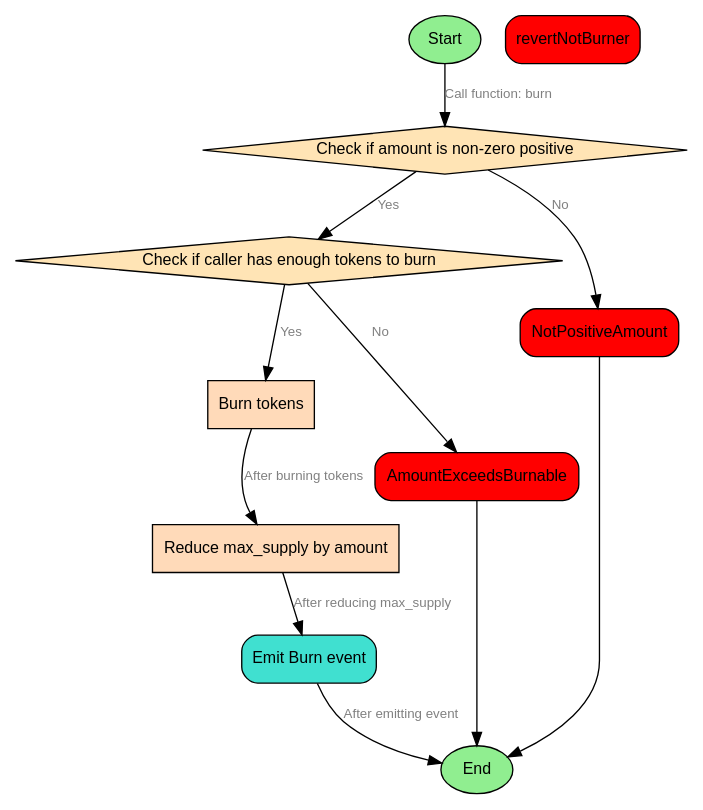
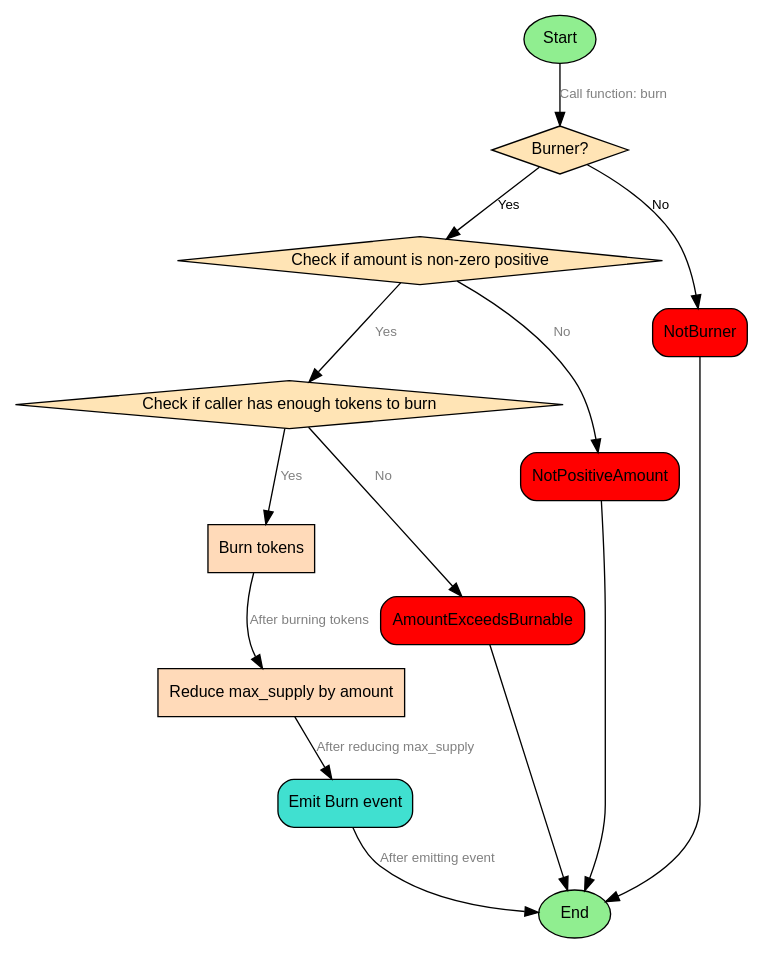
The diagram in doc/burn.dot (0xJournal/contracts-0xJ__GovernanceToken), drawn with Graphviz before and after one commit. The commit also changed 1 other file, not shown here.

```diff
--- a/doc/burn.dot
+++ b/doc/burn.dot
@@ -1,30 +1,36 @@
 digraph {
     node [shape = box; style = "rounded, filled"; fillcolor = "#F5F5F5"; fontname = "Arial"; fontsize = 12;];
     edge [fontname = "Arial"; fontsize = 10;];
     
     start [label = "Start";shape = "ellipse";style = "filled";fillcolor = "#90EE90";];
     
-    start -> checkAmount [label = "Call function: burn"; fontsize = 10; fontcolor = "#808080";];
+    start -> burnerCheck [label = "Call function: burn"; fontsize = 10; fontcolor = "#808080";];
     
+	burnerCheck [label = "Burner?";shape = "diamond";style = "filled";fillcolor = "#FFE4B5";];
+	burnerCheck -> checkAmount [label = "Yes"; fontsize = 10;];
+	burnerCheck -> revertNotBurner [label = "No"; fontsize = 10;];
+    revertNotBurner [label = "NotBurner";shape = "box";style = "rounded,filled";fillcolor = "red";];
+	revertNotBurner -> end;
+
     checkAmount [label = "Check if amount is non-zero positive";shape = "diamond";style = "filled";fillcolor = "#FFE4B5";];
     checkBalance [label = "Check if caller has enough tokens to burn";shape = "diamond";style = "filled";fillcolor = "#FFE4B5";];
     burnTokens [label = "Burn tokens";style = "filled";fillcolor = "#FFDAB9";];
     reduceMaxSupply [label = "Reduce max_supply by amount";style = "filled";fillcolor = "#FFDAB9";];
     emitEvent [label = "Emit Burn event";shape = "box";style = "rounded,filled";fillcolor = "turquoise";];
     end [label = "End";shape = "ellipse";style = "filled";fillcolor = "#90EE90";];
     revertNotPositiveAmount [label = "NotPositiveAmount";shape = "box";style = "rounded,filled";fillcolor = "red";];
     revertAmountExceedsBurnable [label = "AmountExceedsBurnable";shape = "box";style = "rounded,filled";fillcolor = "red";];
-    revertNotBurner [label = "revertNotBurner";shape = "box";style = "rounded,filled";fillcolor = "red";];
+
     
     checkAmount -> checkBalance [label = "Yes"; fontsize = 10; fontcolor = "#808080";];
     checkAmount -> revertNotPositiveAmount [label = "No"; fontsize = 10; fontcolor = "#808080";];
     revertNotPositiveAmount -> end;
     
     checkBalance -> burnTokens [label = "Yes"; fontsize = 10; fontcolor = "#808080";];
     checkBalance -> revertAmountExceedsBurnable [label = "No"; fontsize = 10; fontcolor = "#808080";];
     revertAmountExceedsBurnable -> end;
     
     burnTokens -> reduceMaxSupply [label = "After burning tokens"; fontsize = 10; fontcolor = "#808080";];
     reduceMaxSupply -> emitEvent [label = "After reducing max_supply"; fontsize = 10; fontcolor = "#808080";];
     emitEvent -> end [label = "After emitting event"; fontsize = 10; fontcolor = "#808080";];
 }
```
